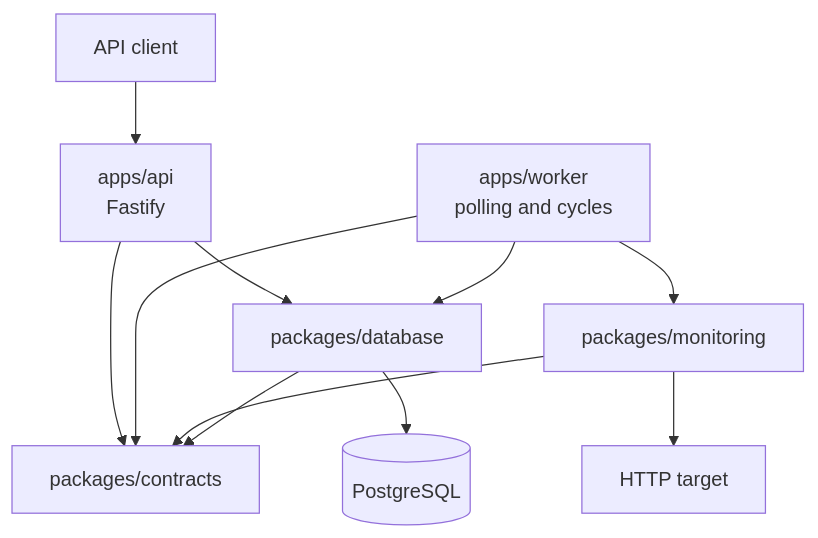
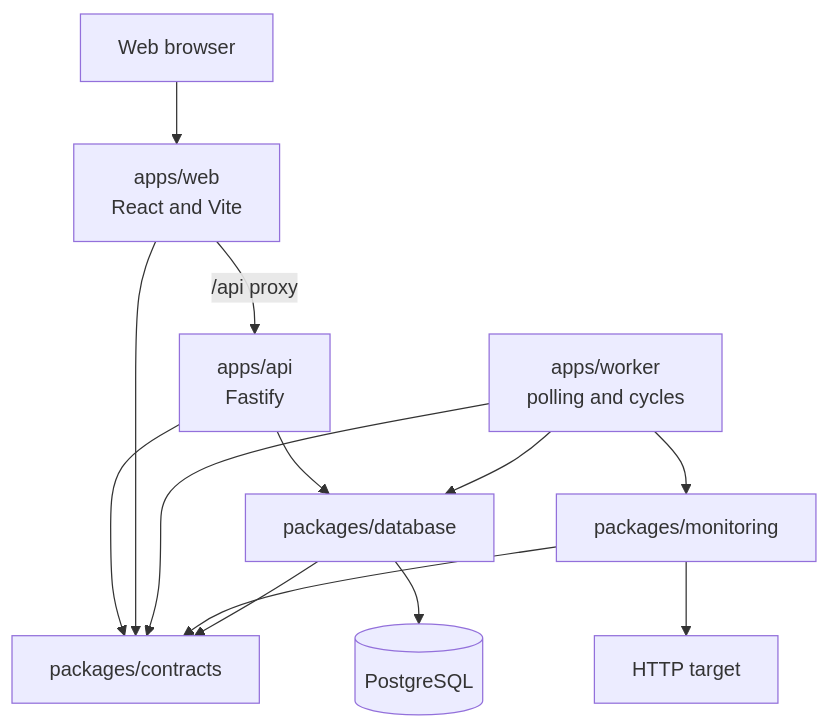
Before and after one commit to Oseni-Tomiwa/pulse: the diagram in docs/architecture/overview.md, drawn with Mermaid. The commit also changed other lines of this file and 34 other files, not shown here.

````diff
--- a/docs/architecture/overview.md
+++ b/docs/architecture/overview.md
@@ -7,15 +7,17 @@
 ```mermaid
 flowchart TD
-    Client[API client] --> API[apps/api<br/>Fastify]
+    User[Web browser] --> Web[apps/web<br/>React and Vite]
+    Web -->|/api proxy| API[apps/api<br/>Fastify]
     API --> DBP[packages/database]
 
     Worker[apps/worker<br/>polling and cycles] --> Monitoring[packages/monitoring]
     Worker --> DBP
 
     API --> Contracts[packages/contracts]
+    Web --> Contracts
     Worker --> Contracts
     Monitoring --> Contracts
     DBP --> Contracts
     DBP --> PostgreSQL[(PostgreSQL)]
     Monitoring --> Target[HTTP target]
 ```
````
